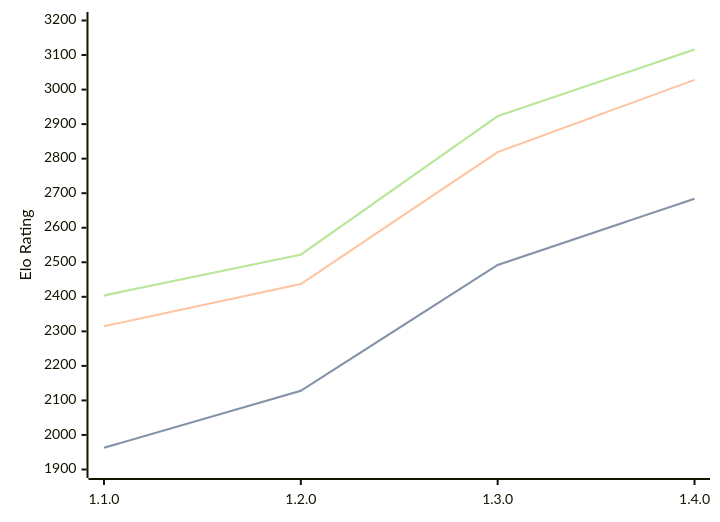
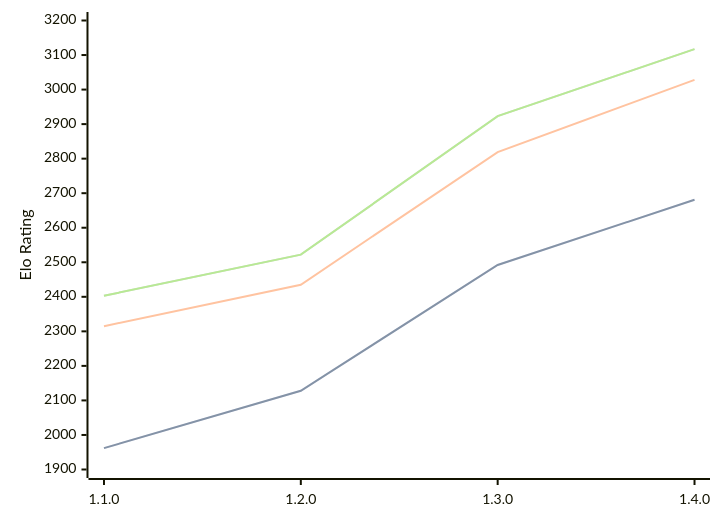
The diagram in engines/Gyatso.md (computer-chess-index/cci), drawn with Mermaid before and after one commit. The commit also changed other lines of this file, not shown here.

Commit message:
Update CCI Ratings (ELO VLTC) - 2026-09-11

````diff
--- a/engines/Gyatso.md
+++ b/engines/Gyatso.md
@@ -36,11 +36,11 @@
 ```mermaid
 %%{init: {"theme":"base","themeVariables":{"seriesColors:['#a3a3a3','#222221','#faa371']}}}%%
 xychart-beta
   x-axis ["1.1.0", "1.2.0", "1.3.0", "1.4.0"]
   y-axis "Elo Rating" 1900 --> 3200
-  line "" [1963, 2128, 2492, 2684]
-  line "STC (8.0+0.08s)" [1963, 2128, 2492, 2684]
-  line "LTC (60.0+0.60s)" [2315, 2437, 2819, 3028]
-  line "" [2404, 2522, 2923, 3116]
-  line "VLTC (2m24s+1.12s)" [2404, 2522, 2923, 3116]
+  line "" [1962, 2128, 2492, 2681]
+  line "STC (8.0+0.08s)" [1962, 2128, 2492, 2681]
+  line "LTC (60.0+0.60s)" [2315, 2435, 2819, 3028]
+  line "" [2403, 2522, 2923, 3117]
+  line "VLTC (2m24s+1.12s)" [2403, 2522, 2923, 3117]
 ```
````
